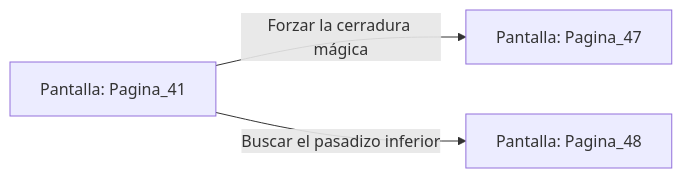
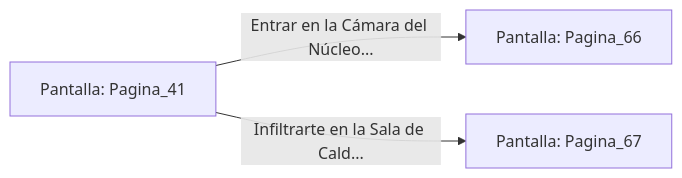
The diagram in sample/eligejuego-vault/Pantalla_Pagina_41.md (metsuke/mpl), drawn with Mermaid before and after one commit. The commit also changed other lines of this file and 635 other files, not shown here.

First line of the commit message:
fix: añadir Pagina_1 como pantalla inicial en capitulo_01.mpl

````diff
--- a/sample/eligejuego-vault/Pantalla_Pagina_41.md
+++ b/sample/eligejuego-vault/Pantalla_Pagina_41.md
@@ -17,6 +24,6 @@
 ```mermaid
 graph LR
     P_Pagina_41["Pantalla: Pagina_41"]
-    P_Pagina_41 -->|"Forzar la cerradura mágica"| P_Pagina_47["Pantalla: Pagina_47"]
-    P_Pagina_41 -->|"Buscar el pasadizo inferior"| P_Pagina_48["Pantalla: Pagina_48"]
+    P_Pagina_41 -->|"Entrar en la Cámara del Núcleo..."| P_Pagina_66["Pantalla: Pagina_66"]
+    P_Pagina_41 -->|"Infiltrarte en la Sala de Cald..."| P_Pagina_67["Pantalla: Pagina_67"]
 ```
````
